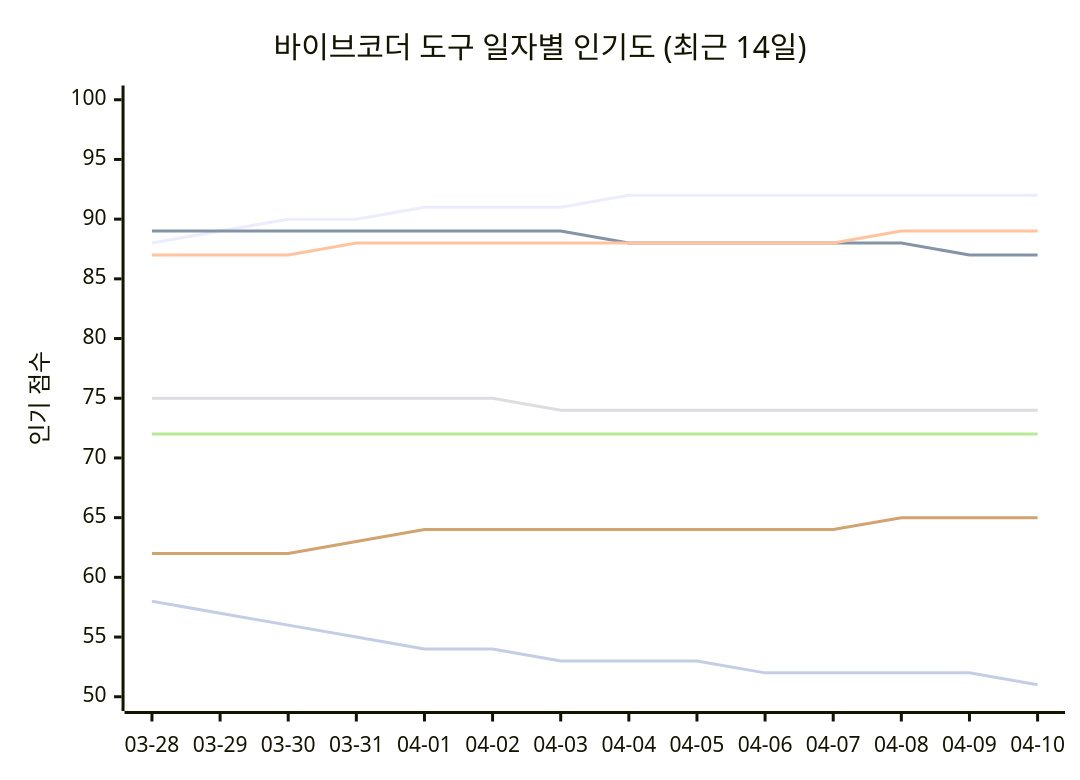
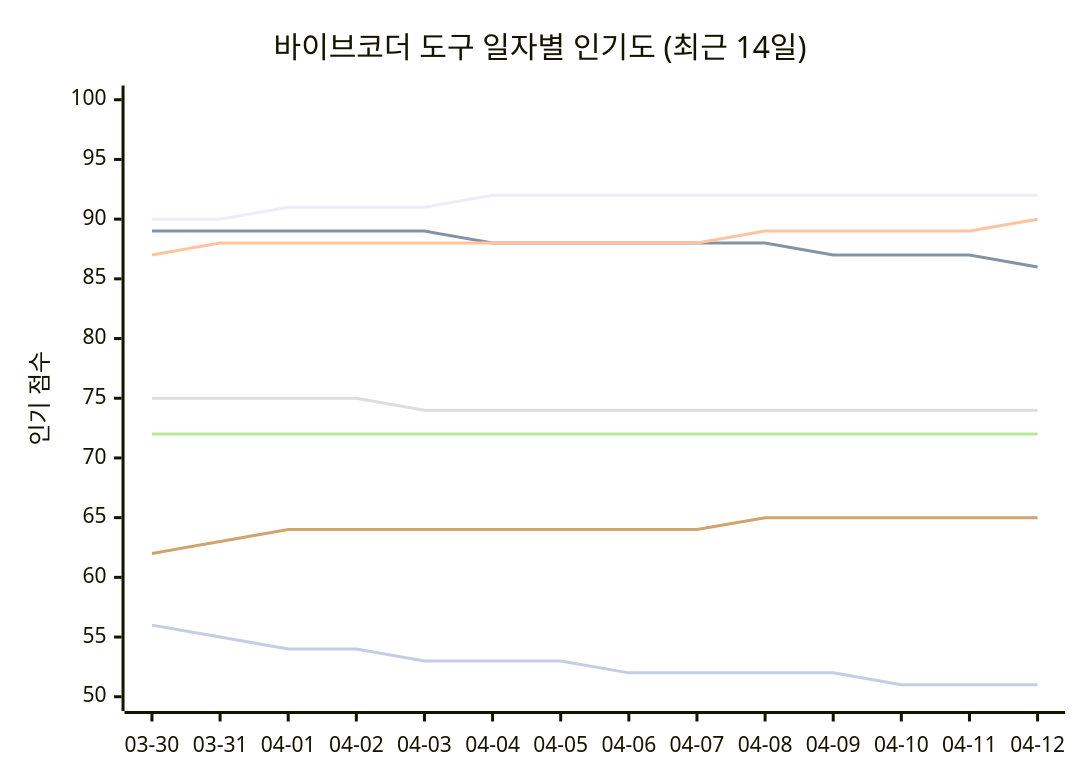
Before and after one commit to Lazere4385/ai-whatchelin: the seventh of 11 diagrams in README_ko.md, drawn with Mermaid. The commit also changed other lines of this file and 2 other files, not shown here.

````diff
--- a/README_ko.md
+++ b/README_ko.md
@@ -535,13 +556,13 @@
 ```mermaid
 xychart-beta
     title "바이브코더 도구 일자별 인기도 (최근 14일)"
-    x-axis ["03-28", "03-29", "03-30", "03-31", "04-01", "04-02", "04-03", "04-04", "04-05", "04-06", "04-07", "04-08", "04-09", "04-10"]
+    x-axis ["03-30", "03-31", "04-01", "04-02", "04-03", "04-04", "04-05", "04-06", "04-07", "04-08", "04-09", "04-10", "04-11", "04-12"]
     y-axis "인기 점수" 50 --> 100
-    line "Claude Code" [88, 89, 90, 90, 91, 91, 91, 92, 92, 92, 92, 92, 92, 92]
-    line "GH Copilot" [89, 89, 89, 89, 89, 89, 89, 88, 88, 88, 88, 88, 87, 87]
-    line "Cursor" [87, 87, 87, 88, 88, 88, 88, 88, 88, 88, 88, 89, 89, 89]
-    line "Windsurf" [75, 75, 75, 75, 75, 75, 74, 74, 74, 74, 74, 74, 74, 74]
+    line "Claude Code" [90, 90, 91, 91, 91, 92, 92, 92, 92, 92, 92, 92, 92, 92]
+    line "GH Copilot" [89, 89, 89, 89, 89, 88, 88, 88, 88, 88, 87, 87, 87, 86]
+    line "Cursor" [87, 88, 88, 88, 88, 88, 88, 88, 88, 89, 89, 89, 89, 90]
+    line "Windsurf" [75, 75, 75, 75, 74, 74, 74, 74, 74, 74, 74, 74, 74, 74]
     line "Codex CLI" [72, 72, 72, 72, 72, 72, 72, 72, 72, 72, 72, 72, 72, 72]
-    line "Gemini CLI" [62, 62, 62, 63, 64, 64, 64, 64, 64, 64, 64, 65, 65, 65]
-    line "Antigravity" [58, 57, 56, 55, 54, 54, 53, 53, 53, 52, 52, 52, 52, 51]
+    line "Gemini CLI" [62, 63, 64, 64, 64, 64, 64, 64, 64, 65, 65, 65, 65, 65]
+    line "Antigravity" [56, 55, 54, 54, 53, 53, 53, 52, 52, 52, 52, 51, 51, 51]
 ```
````
